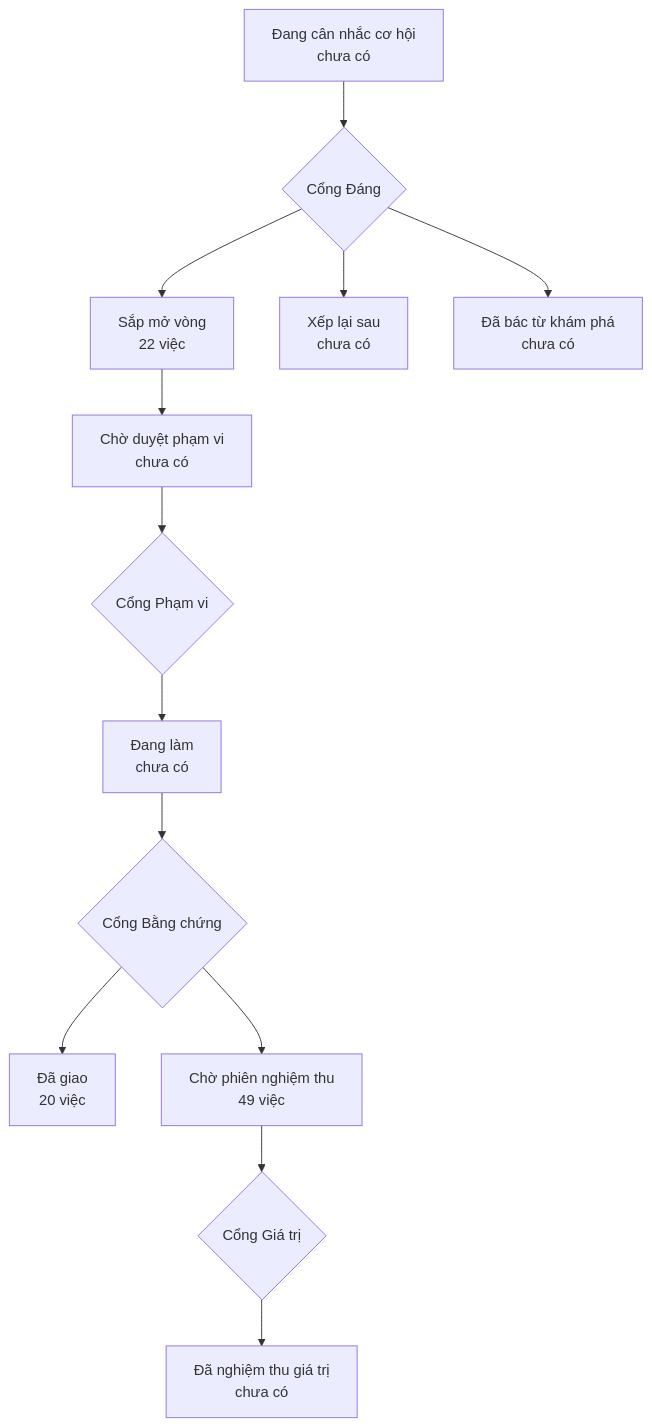
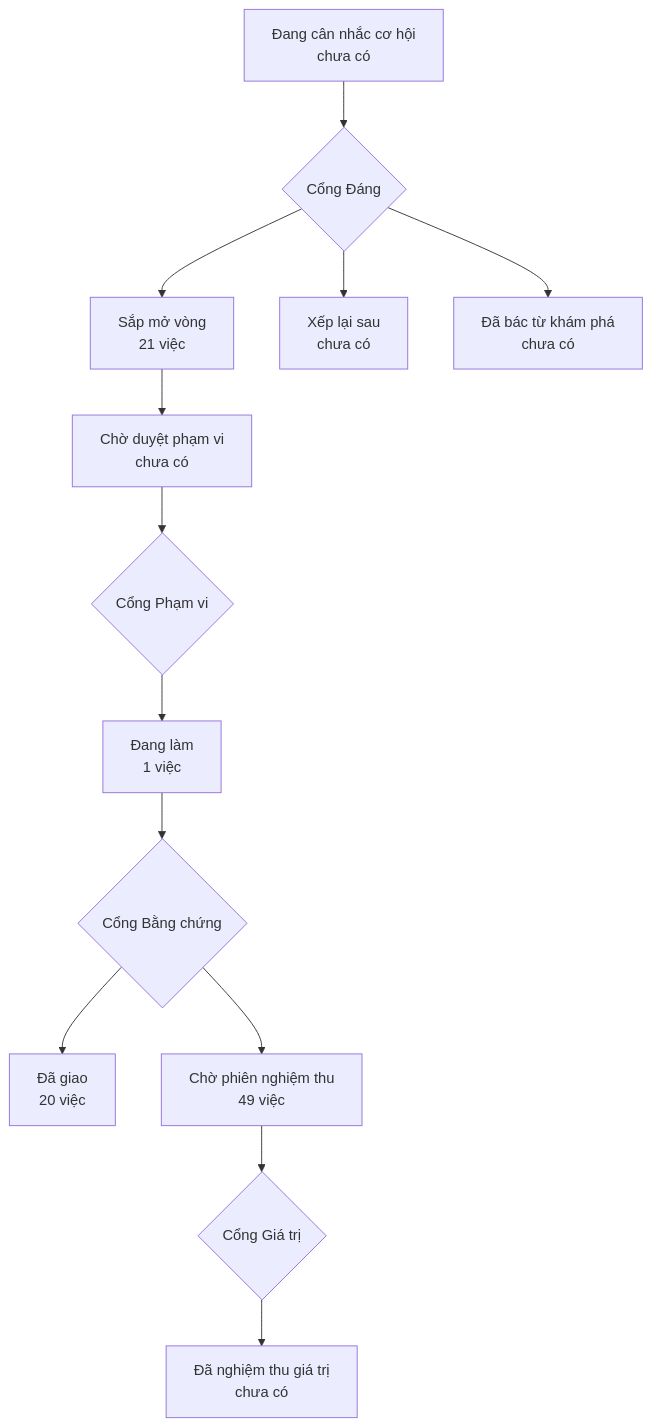
One commit to phanlemanh/onehub-quy-hang changed the diagram in PRODUCT-MAP.md. Above: the diagram before and after it, drawn with Mermaid. The commit also changed other lines of this file and 3 other files, not shown here.

````diff
--- a/PRODUCT-MAP.md
+++ b/PRODUCT-MAP.md
@@ -7,12 +7,12 @@
 ```mermaid
 flowchart TD
   A["Đang cân nhắc cơ hội<br/>chưa có"] --> GD{"Cổng Đáng"}
-  GD --> B["Sắp mở vòng<br/>22 việc"]
+  GD --> B["Sắp mở vòng<br/>21 việc"]
   GD --> XL["Xếp lại sau<br/>chưa có"]
   GD --> DB["Đã bác từ khám phá<br/>chưa có"]
   B --> CD["Chờ duyệt phạm vi<br/>chưa có"] --> GP{"Cổng Phạm vi"}
-  GP --> DL["Đang làm<br/>chưa có"] --> GB{"Cổng Bằng chứng"}
+  GP --> DL["Đang làm<br/>1 việc"] --> GB{"Cổng Bằng chứng"}
   GB --> DG["Đã giao<br/>20 việc"]
   GB --> CN["Chờ phiên nghiệm thu<br/>49 việc"] --> GG{"Cổng Giá trị"}
   GG --> NT["Đã nghiệm thu giá trị<br/>chưa có"]
 ```
````
